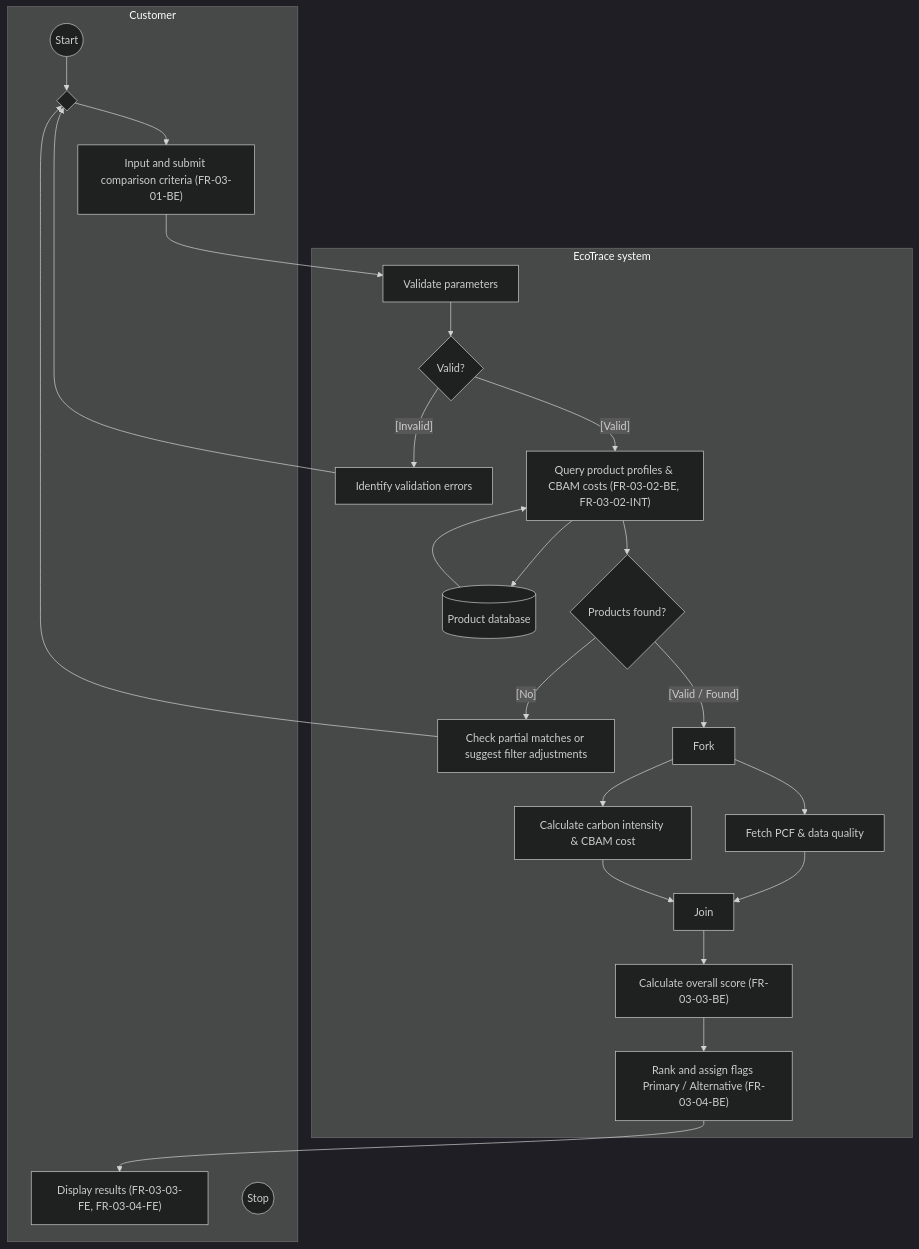
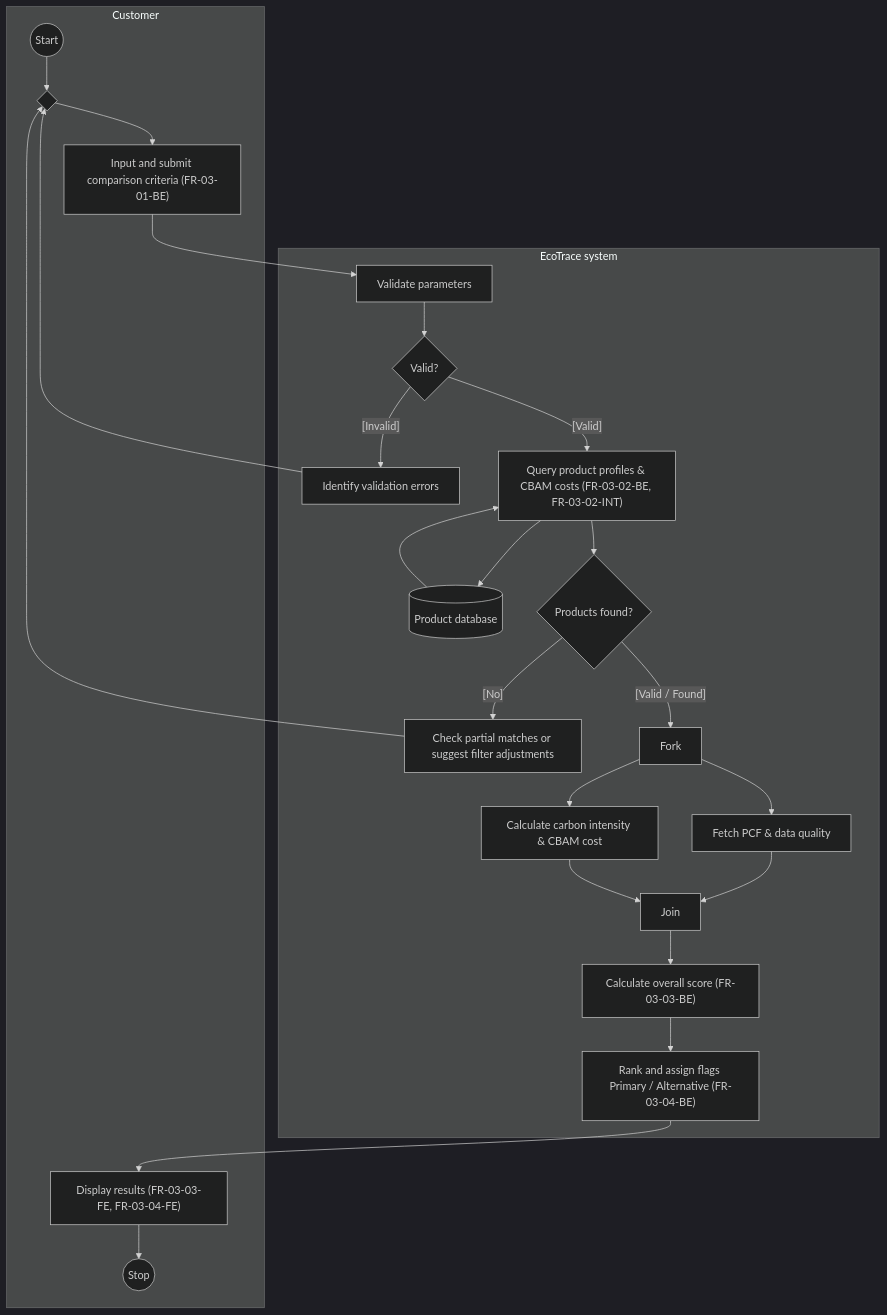
The diagram in docs/activity/AD-UC-09.md (vankhanhnh-bag/HPDQ-CBAM-system), drawn with Mermaid (dark theme) before and after one commit. The commit also changed other lines of this file, not shown here.

````diff
--- a/docs/activity/AD-UC-09.md
+++ b/docs/activity/AD-UC-09.md
@@ -20,47 +20,48 @@
 ```mermaid
 graph TB
     subgraph CUST["Customer"]
         start((Start))
         m1{" "}
         a1["Input and submit comparison criteria (FR-03-01-BE)"]
         a2["Display results (FR-03-03-FE, FR-03-04-FE)"]
         stop1((Stop))
     end
 
     subgraph SYS["EcoTrace system"]
         s1["Validate parameters"]
         d1{"Valid?"}
         s2["Identify validation errors"]
         s3["Query product profiles & CBAM costs (FR-03-02-BE, FR-03-02-INT)"]
         db1[(Product database)]
         d2{"Products found?"}
         s4["Check partial matches or suggest filter adjustments"]
         f1["Fork"]
         s5["Fetch PCF & data quality"]
         s6["Calculate carbon intensity & CBAM cost"]
         j1["Join"]
         s7["Calculate overall score (FR-03-03-BE)"]
         s8["Rank and assign flags Primary / Alternative (FR-03-04-BE)"]
     end
 
     start --> m1
     m1 --> a1
     a1 --> s1
     s1 --> d1
     d1 -->|"[Invalid]"| s2
     s2 --> m1
     d1 -->|"[Valid]"| s3
     s3 --> db1
     db1 --> s3
     s3 --> d2
     d2 -->|"[No]"| s4
     s4 --> m1
     d2 -->|"[Valid / Found]"| f1
     f1 --> s5
     f1 --> s6
     s5 --> j1
     s6 --> j1
     j1 --> s7
     s7 --> s8
     s8 --> a2
+   a2 --> stop1
 ```
````
